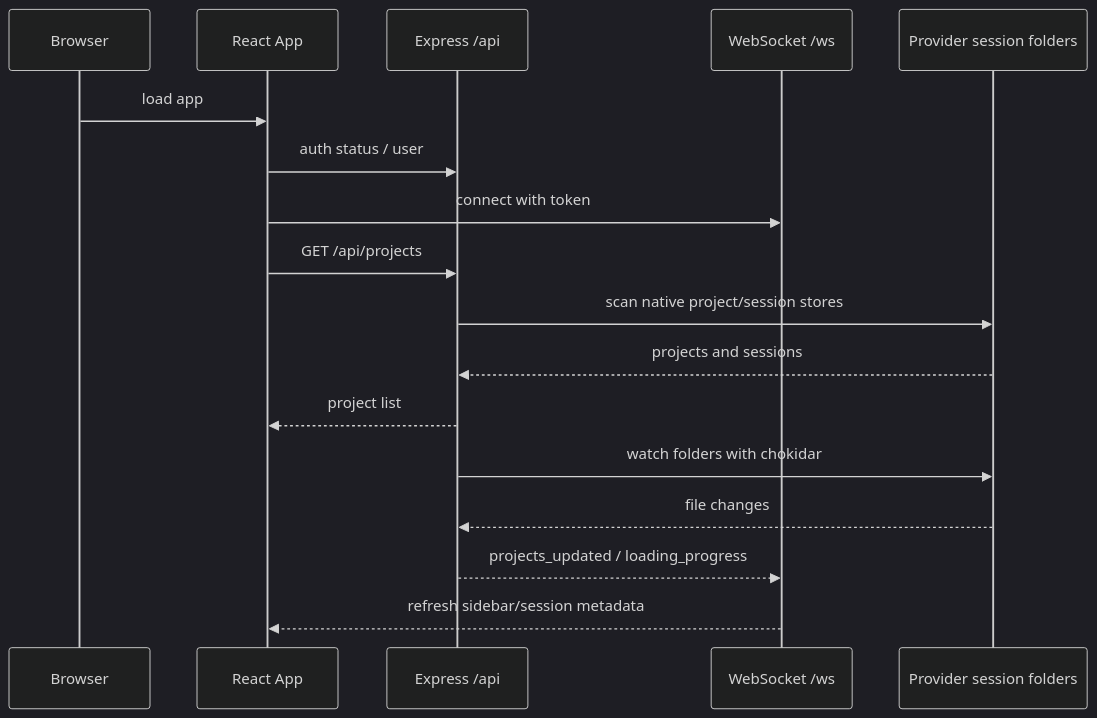
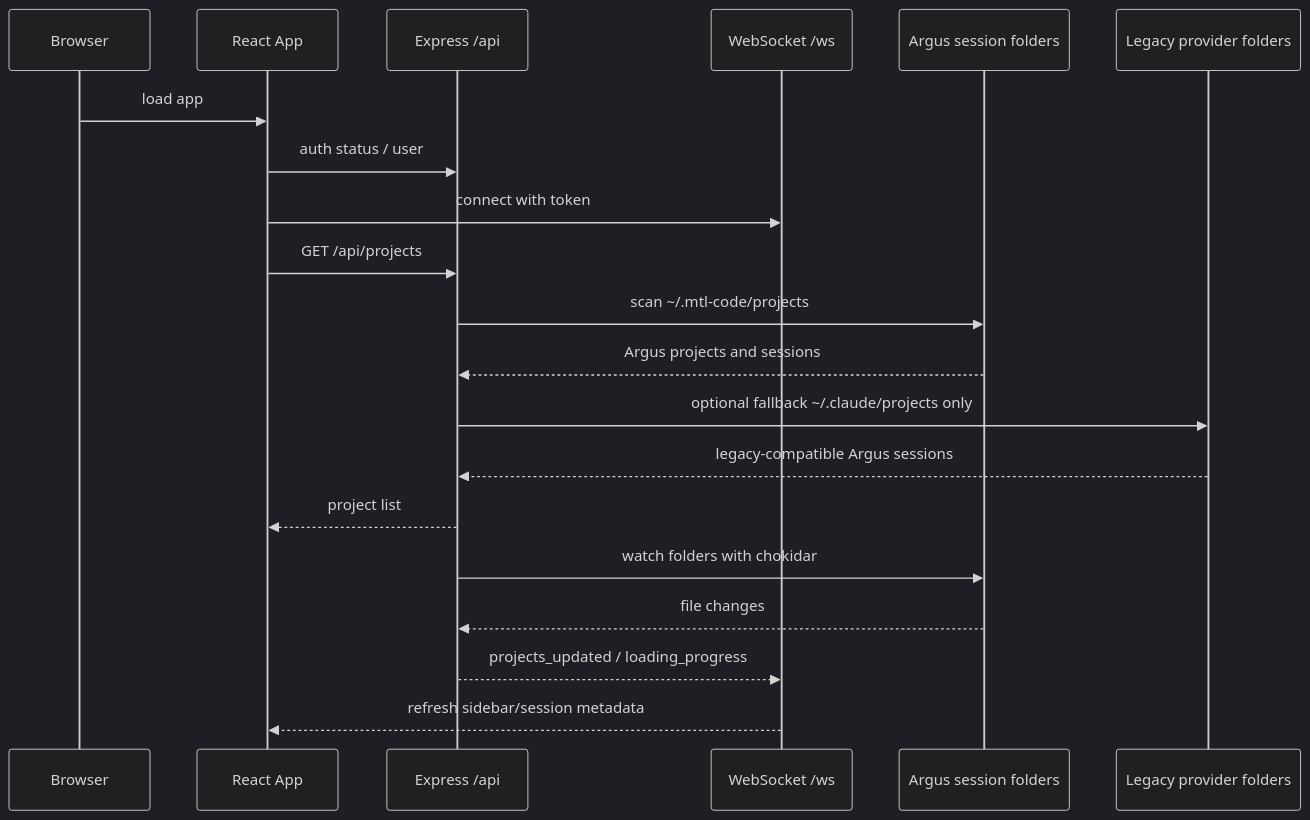
One commit to wyy-debug/AIINWORK changed the first of 5 diagrams in claudecodeui/docs/knowledge/04-runtime-flows.md. Above: the diagram before and after it, drawn with Mermaid (dark theme). The commit also changed other lines of this file and 201 other files, not shown here.

````diff
--- a/claudecodeui/docs/knowledge/04-runtime-flows.md
+++ b/claudecodeui/docs/knowledge/04-runtime-flows.md
@@ -5,20 +5,23 @@
 ```mermaid
 sequenceDiagram
   participant Browser
   participant App as React App
   participant API as Express /api
   participant WS as WebSocket /ws
-  participant Providers as Provider session folders
+  participant ArgusStore as Argus session folders
+  participant Legacy as Legacy provider folders
 
   Browser->>App: load app
   App->>API: auth status / user
   App->>WS: connect with token
   App->>API: GET /api/projects
-  API->>Providers: scan native project/session stores
-  Providers-->>API: projects and sessions
+  API->>ArgusStore: scan ~/.mtl-code/projects
+  ArgusStore-->>API: Argus projects and sessions
+  API->>Legacy: optional fallback ~/.claude/projects only
+  Legacy-->>API: legacy-compatible Argus sessions
   API-->>App: project list
-  API->>Providers: watch folders with chokidar
-  Providers-->>API: file changes
+  API->>ArgusStore: watch folders with chokidar
+  ArgusStore-->>API: file changes
   API-->>WS: projects_updated / loading_progress
   WS-->>App: refresh sidebar/session metadata
 ```
````
